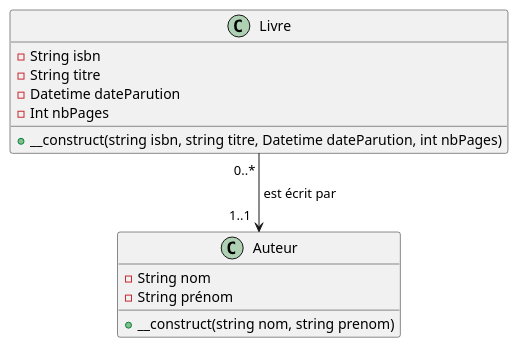
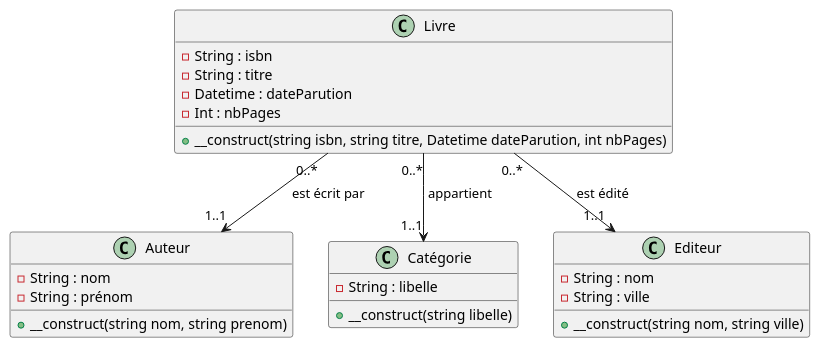
One commit to EstebanRacine/dev changed the diagram in Projets/php-biblio/modelisation/disagrammeDeClasses.puml. Above: the diagram before and after it, drawn with PlantUML. The commit also changed 4 other files, not shown here.

Commit message:
Editeur + Categorie dans LIVRE

```diff
--- a/Projets/php-biblio/modelisation/disagrammeDeClasses.puml
+++ b/Projets/php-biblio/modelisation/disagrammeDeClasses.puml
@@ -1,22 +1,35 @@
 @startuml
 'https://plantuml.com/class-diagram
 
 skinparam classAttributeIconSize 10
 
 class Auteur{
-    -String nom
-    -String prénom
+    -String : nom
+    -String : prénom
     +__construct(string nom, string prenom)
 }
 
 class Livre{
-    -String isbn
-    -String titre
-    -Datetime dateParution
-    -Int nbPages
+    -String : isbn
+    -String : titre
+    -Datetime : dateParution
+    -Int : nbPages
     +__construct(string isbn, string titre, Datetime dateParution, int nbPages)
 }
 
-Livre "0..* "-->"1..1  " Auteur : " est écrit par"
+class Catégorie{
+    - String : libelle
+    +__construct(string libelle)
+}
+
+class Editeur{
+    - String : nom
+    - String : ville
+    + __construct(string nom, string ville)
+}
+
+Livre "0..*"-->"1..1 " Auteur : " est écrit par"
+Livre "0..*"-->"1..1" Catégorie : " appartient"
+Livre "0..*"-->"1..1" Editeur : est édité
 
 @enduml
```
